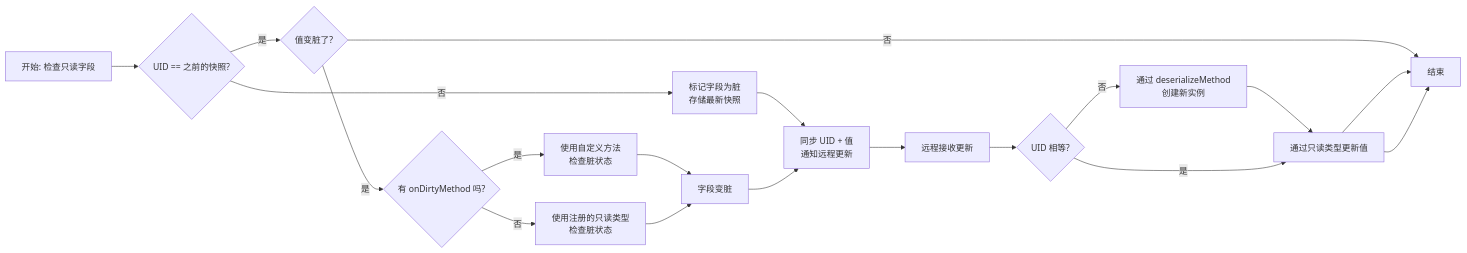
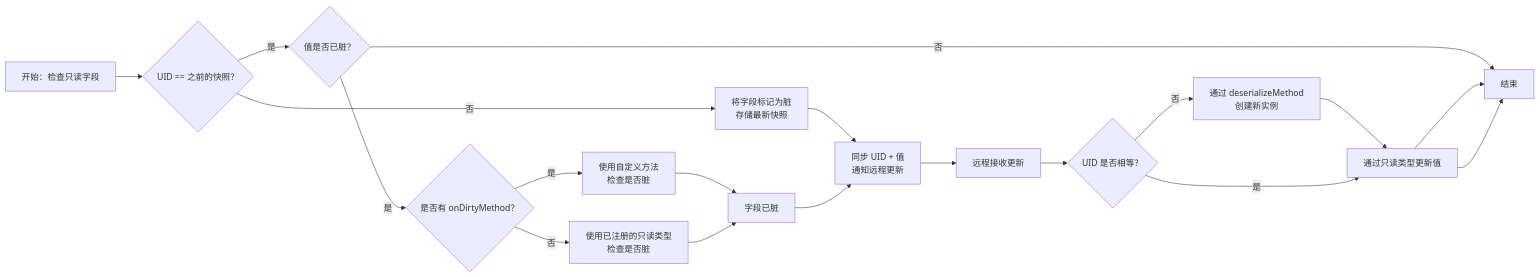
One commit to Low-Drag-MC/LowDragMC-Doc changed the diagram in docs/zh/ldlib2/sync/annotations.md. Above: the diagram before and after it, drawn with Mermaid. The commit also changed other lines of this file and 83 other files, not shown here.

````diff
--- a/docs/zh/ldlib2/sync/annotations.md
+++ b/docs/zh/ldlib2/sync/annotations.md
@@ -149,27 +149,27 @@
 ```mermaid
 flowchart LR
 
-    A[开始: 检查只读字段] --> B{UID == 之前的快照?}
+    A[开始：检查只读字段] --> B{UID == 之前的快照？}
 
-    %% 步骤 1
-    B -- 否 --> C[标记字段为脏<br/>存储最新快照] --> D[同步 UID + 值<br/>通知远程更新]
-    B -- 是 --> E{值变脏了?}
+    %% Step 1
+    B -- 否 --> C[将字段标记为脏<br/>存储最新快照] --> D[同步 UID + 值<br/>通知远程更新]
+    B -- 是 --> E{值是否已脏？}
 
-    %% 步骤 2
+    %% Step 2
     E -- 否 --> Z[结束]
-    E -- 是 --> F{有 onDirtyMethod 吗?}
+    E -- 是 --> F{是否有 onDirtyMethod？}
 
-    F -- 是 --> G[使用自定义方法<br/>检查脏状态]
-    F -- 否 --> H[使用注册的只读类型<br/>检查脏状态]
+    F -- 是 --> G[使用自定义方法<br/>检查是否脏]
+    F -- 否 --> H[使用已注册的只读类型<br/>检查是否脏]
 
-    %% 步骤 3
-    G --> I[字段变脏] --> D
+    %% Step 3
+    G --> I[字段已脏] --> D
     H --> I
 
-    %% 远程端
-    D --> R[远程接收更新] --> S{UID 相等?}
+    %% Remote side
+    D --> R[远程接收更新] --> S{UID 是否相等？}
 
-    %% 步骤 4
+    %% Step 4
     S -- 否 --> T[通过 deserializeMethod<br/>创建新实例] --> U[通过只读类型更新值] --> Z
     S -- 是 --> U --> Z
 ```
````
